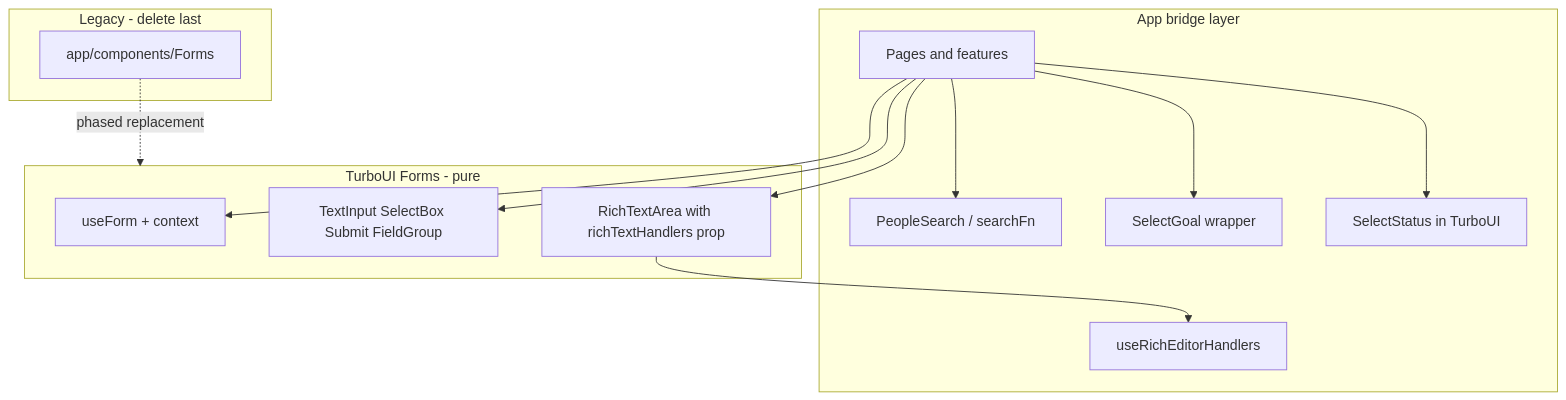
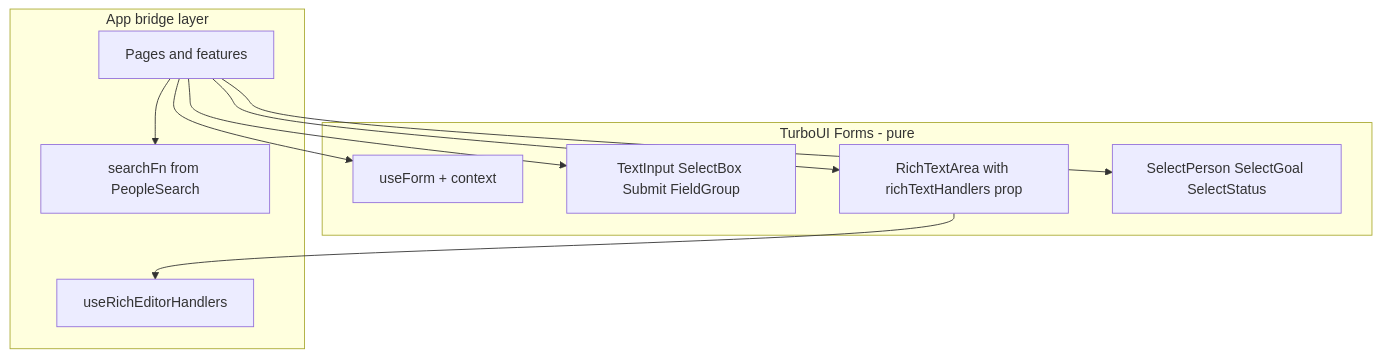
One commit to operately/operately changed the diagram in specs/0014-forms-turboui-migration.md. Above: the diagram before and after it, drawn with Mermaid. The commit also changed other lines of this file and 14 other files, not shown here.

First line of the commit message:
chore: Move SelectGoal to TurboUI and finish Forms migration wrap-up (#4813)

````diff
--- a/specs/0014-forms-turboui-migration.md
+++ b/specs/0014-forms-turboui-migration.md
@@ -99,29 +82,22 @@
 ```mermaid
 flowchart TB
   subgraph turboui [TurboUI Forms - pure]
     useForm[useForm + context]
     primitives[TextInput SelectBox Submit FieldGroup]
     richText[RichTextArea with richTextHandlers prop]
+    selectors[SelectPerson SelectGoal SelectStatus]
   end
 
   subgraph appBridge [App bridge layer]
     pages[Pages and features]
     handlers[useRichEditorHandlers]
-    peopleSearch[PeopleSearch / searchFn]
-    goalSelect[SelectGoal wrapper]
-    statusSelect[SelectStatus in TurboUI]
-  end
-
-  subgraph legacy [Legacy - delete last]
-    appForms[app/components/Forms]
+    peopleSearch[searchFn from PeopleSearch]
   end
 
   pages --> useForm
   pages --> primitives
   pages --> richText
+  pages --> selectors
   richText --> handlers
   pages --> peopleSearch
-  pages --> goalSelect
-  pages --> statusSelect
-  appForms -.->|phased replacement| turboui
 ```
````
